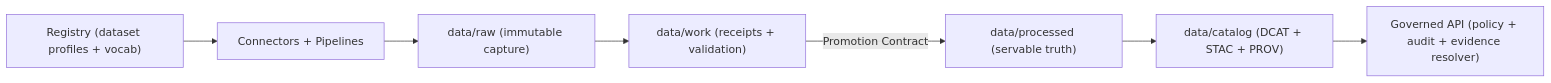
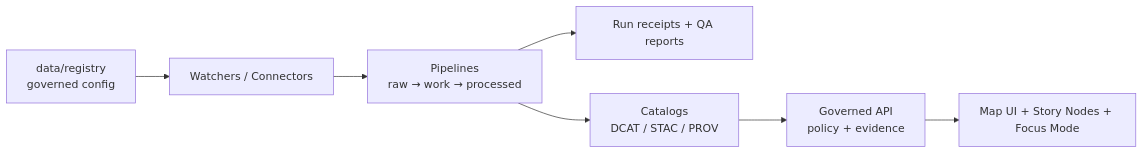
One commit to bartytime4life/Kansas-Frontier-Matrix changed the diagram in data/registry/README.md. Above: the diagram before and after it, drawn with Mermaid. The commit also changed other lines of this file, not shown here.

````diff
--- a/data/registry/README.md
+++ b/data/registry/README.md
@@ -55,9 +66,9 @@
 ```mermaid
 flowchart LR
-  REG["Registry (dataset profiles + vocab)"] --> PIPE["Connectors + Pipelines"]
-  PIPE --> RAW["data/raw (immutable capture)"]
-  RAW --> WORK["data/work (receipts + validation)"]
-  WORK -->|Promotion Contract| PROC["data/processed (servable truth)"]
-  PROC --> CAT["data/catalog (DCAT + STAC + PROV)"]
-  CAT --> API["Governed API (policy + audit + evidence resolver)"]
+  R[data/registry<br/>governed config] --> W[Watchers / Connectors]
+  W --> P[Pipelines<br/>raw → work → processed]
+  P --> RR[Run receipts + QA reports]
+  P --> C[Catalogs<br/>DCAT / STAC / PROV]
+  C --> API[Governed API<br/>policy + evidence]
+  API --> UI[Map UI + Story Nodes + Focus Mode]
 ```
````
